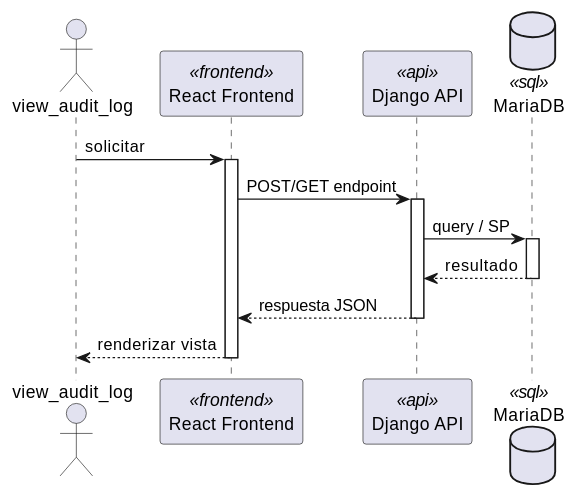
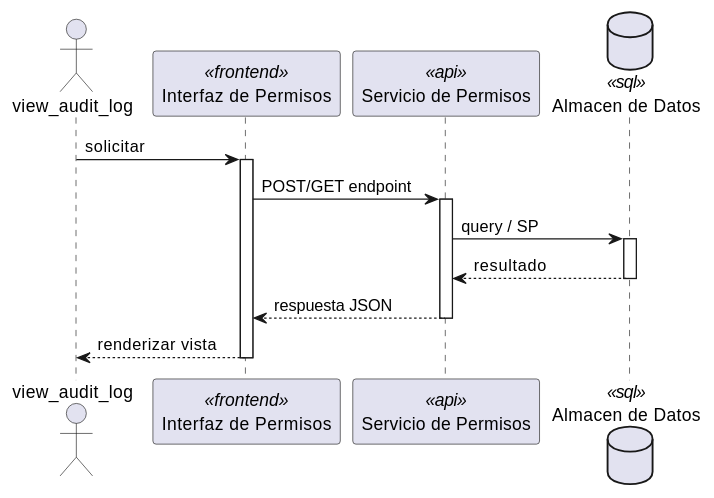
The first of 2 diagrams in source/arquitectura-tecnica/DesignView/perm-09.rst (jcg-admin/IACT-docs), drawn with PlantUML before and after one commit. The commit also changed other lines of this file and 243 other files, not shown here.

First line of the commit message:
Add missing diagrams and fix participant names across Kruchten views

```diff
--- a/source/arquitectura-tecnica/DesignView/perm-09.rst
+++ b/source/arquitectura-tecnica/DesignView/perm-09.rst
@@ -22,28 +22,28 @@
 .. uml::
  :caption: UC_PERM_09 — Design View (secuencia)
 
  @startuml
 
  actor "view_audit_log" as view_audit_log
- participant "React Frontend" as Frontend <<frontend>>
- participant "Django API" as APIServer <<api>>
- database "MariaDB" as BaseDatos <<sql>>
+ participant "Interfaz de Permisos" as Iface <<frontend>>
+ participant "Servicio de Permisos" as SvcNode <<api>>
+ database "Almacen de Datos" as Store <<sql>>
 
- view_audit_log -> Frontend : solicitar
- activate Frontend
+ view_audit_log -> Iface : solicitar
+ activate Iface
 
- Frontend -> APIServer : POST/GET endpoint
- activate APIServer
+ Iface -> SvcNode : POST/GET endpoint
+ activate SvcNode
 
- APIServer -> BaseDatos : query / SP
- activate BaseDatos
- BaseDatos --> APIServer : resultado
- deactivate BaseDatos
+ SvcNode -> Store : query / SP
+ activate Store
+ Store --> SvcNode : resultado
+ deactivate Store
 
- APIServer --> Frontend : respuesta JSON
- deactivate APIServer
+ SvcNode --> Iface : respuesta JSON
+ deactivate SvcNode
 
- Frontend --> view_audit_log : renderizar vista
- deactivate Frontend
+ Iface --> view_audit_log : renderizar vista
+ deactivate Iface
 
  @enduml
```
